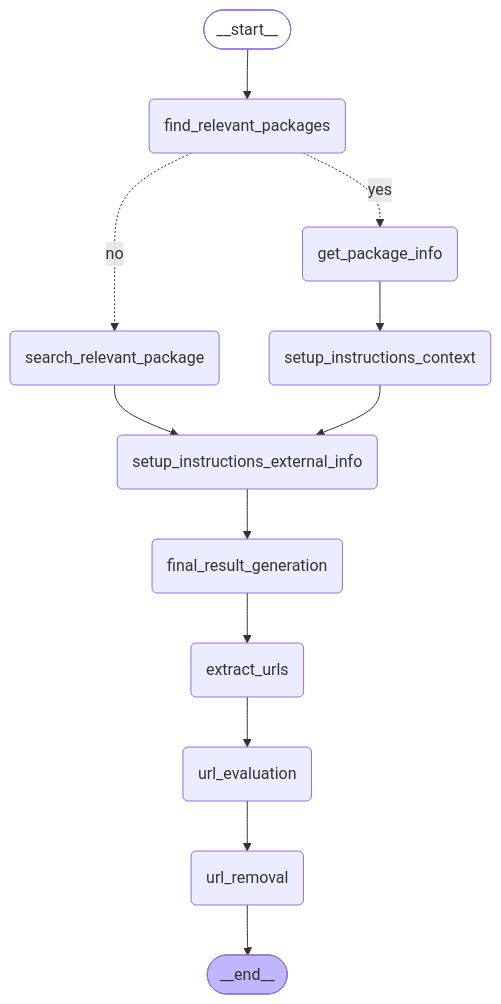
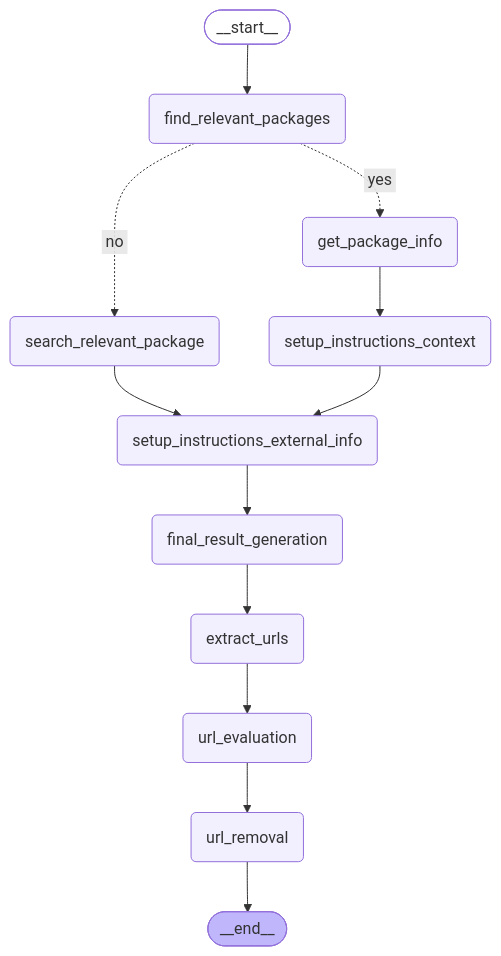
Before and after one commit to vinit-chauhan/workflows: the diagram in README.md, drawn with Mermaid. The commit also changed other lines of this file, not shown here.

````diff
--- a/README.md
+++ b/README.md
@@ -141,29 +141,28 @@
 ```mermaid
 graph TD;
-    __start__([__start__]):::first
+    __start__([<p>__start__</p>]):::first
     find_relevant_packages(find_relevant_packages)
     get_package_info(get_package_info)
     setup_instructions_external_info(setup_instructions_external_info)
     setup_instructions_context(setup_instructions_context)
     search_relevant_package(search_relevant_package)
     final_result_generation(final_result_generation)
     extract_urls(extract_urls)
     url_evaluation(url_evaluation)
     url_removal(url_removal)
-    __end__([__end__]):::last
-    
-    __start__ --> find_relevant_packages
-    find_relevant_packages -. yes .-> get_package_info
-    find_relevant_packages -. no .-> search_relevant_package
-    get_package_info --> setup_instructions_context
-    search_relevant_package --> setup_instructions_external_info
-    setup_instructions_context --> setup_instructions_external_info
-    setup_instructions_external_info --> final_result_generation
-    final_result_generation --> extract_urls
-    extract_urls --> url_evaluation
-    url_evaluation --> url_removal
-    url_removal --> __end__
-    
+    __end__([<p>__end__</p>]):::last
+    __start__ --> find_relevant_packages;
+    extract_urls --> url_evaluation;
+    final_result_generation --> extract_urls;
+    find_relevant_packages -. &nbsp;yes&nbsp; .-> get_package_info;
+    find_relevant_packages -. &nbsp;no&nbsp; .-> search_relevant_package;
+    get_package_info --> setup_instructions_context;
+    search_relevant_package --> setup_instructions_external_info;
+    setup_instructions_context --> setup_instructions_external_info;
+    setup_instructions_external_info --> final_result_generation;
+    url_evaluation --> url_removal;
+    url_removal --> __end__;
+    classDef default fill:#f2f0ff,line-height:1.2
     classDef first fill-opacity:0
     classDef last fill:#bfb6fc
 ```
````
